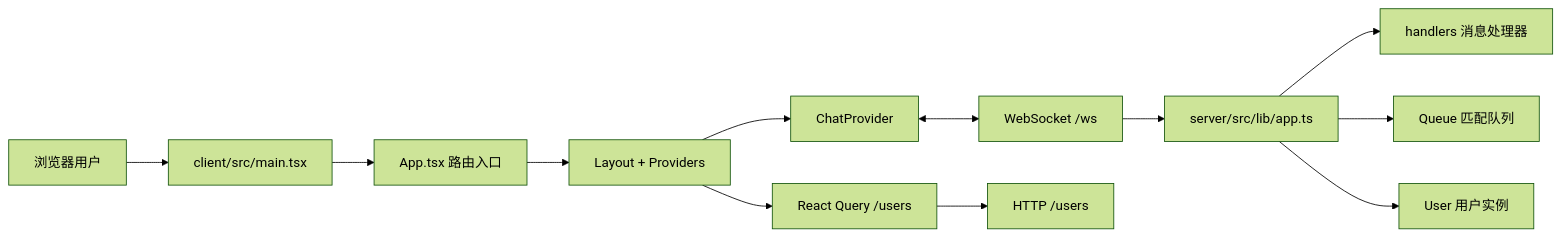
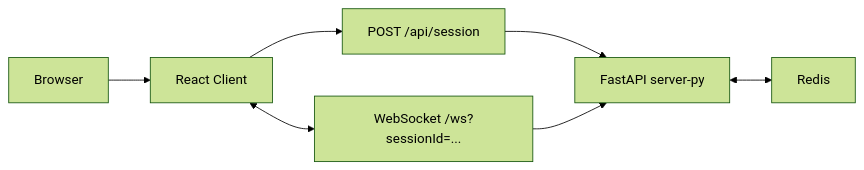
The diagram in ARCHITECTURE.md (BarbieWinter/SKLinkChat), drawn with Mermaid (forest theme) before and after one commit. The commit also changed other lines of this file and 175 other files, not shown here.

````diff
--- a/ARCHITECTURE.md
+++ b/ARCHITECTURE.md
@@ -117,14 +13,9 @@
 ```mermaid
 flowchart LR
-    A[浏览器用户] --> B[client/src/main.tsx]
-    B --> C[App.tsx 路由入口]
-    C --> D[Layout + Providers]
-    D --> E[ChatProvider]
-    E <--> F[WebSocket /ws]
-    D --> G[React Query /users]
-    G --> H[HTTP /users]
-    F --> I[server/src/lib/app.ts]
-    I --> J[handlers 消息处理器]
-    I --> K[Queue 匹配队列]
-    I --> L[User 用户实例]
+    A[Browser] --> B[React Client]
+    B --> C[POST /api/session]
+    B <--> D[WebSocket /ws?sessionId=...]
+    C --> E[FastAPI server-py]
+    D --> E
+    E <--> F[Redis]
 ```
````
